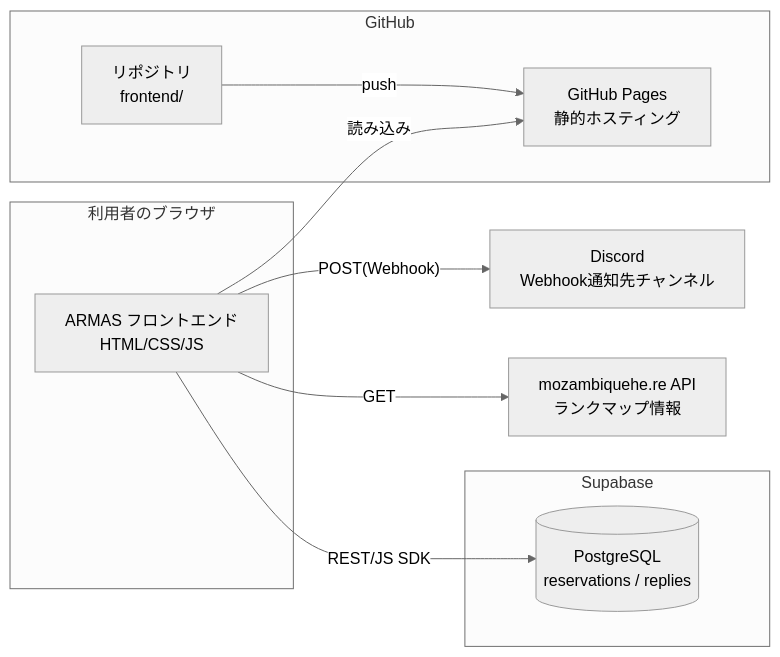
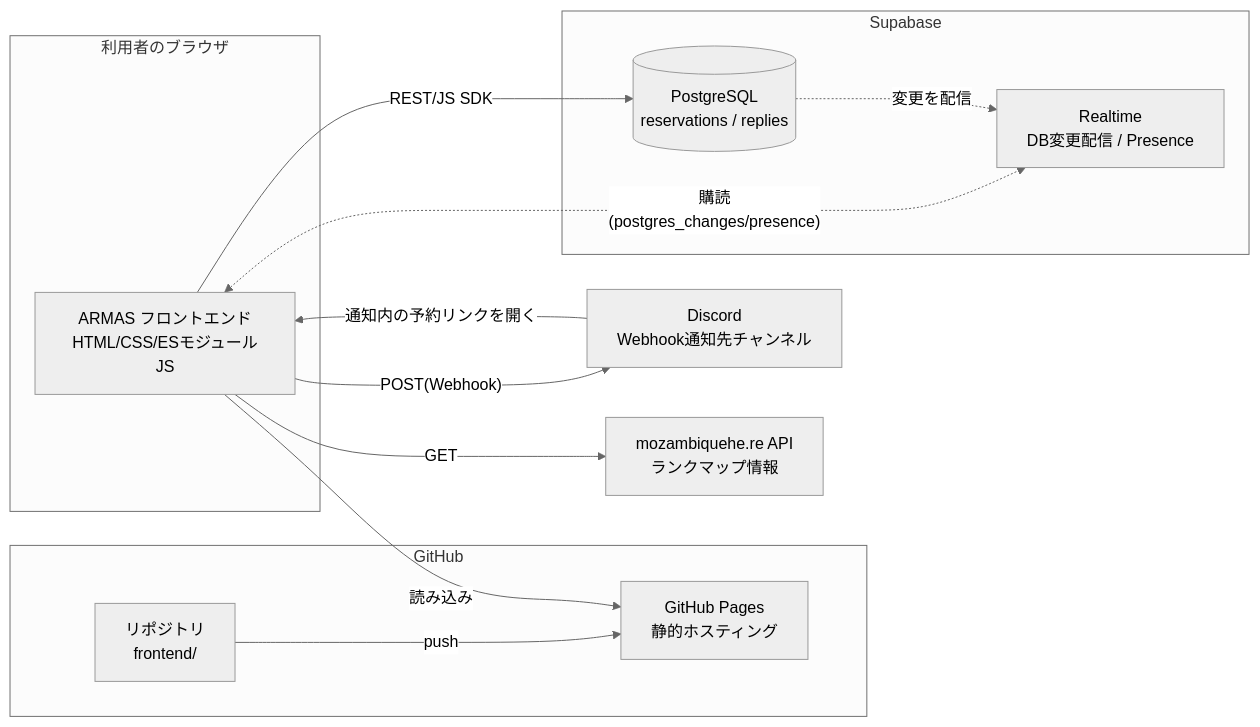
One commit to puchan8192/ARMAS changed the first of 2 diagrams in 01_基本設計書.md. Above: the diagram before and after it, drawn with Mermaid (neutral theme). The commit also changed other lines of this file and 14 other files, not shown here.

````diff
--- a/01_基本設計書.md
+++ b/01_基本設計書.md
@@ -27,24 +30,28 @@
 ```mermaid
 flowchart LR
   subgraph Client[利用者のブラウザ]
-    UI[ARMAS フロントエンド<br/>HTML/CSS/JS]
+    UI[ARMAS フロントエンド<br/>HTML/CSS/ESモジュールJS]
   end
 
   subgraph GH[GitHub]
     Pages[GitHub Pages<br/>静的ホスティング]
     Repo[リポジトリ<br/>frontend/]
   end
 
   subgraph SB[Supabase]
     DB[(PostgreSQL<br/>reservations / replies)]
+    RT[Realtime<br/>DB変更配信 / Presence]
   end
 
   Discord[Discord<br/>Webhook通知先チャンネル]
   ApexAPI[mozambiquehe.re API<br/>ランクマップ情報]
 
   Repo -- push --> Pages
   UI -- 読み込み --> Pages
   UI -- REST/JS SDK --> DB
+  UI <-. 購読(postgres_changes/presence) .-> RT
+  DB -. 変更を配信 .-> RT
   UI -- POST(Webhook) --> Discord
   UI -- GET --> ApexAPI
+  Discord -- 通知内の予約リンクを開く --> UI
 ```
````
